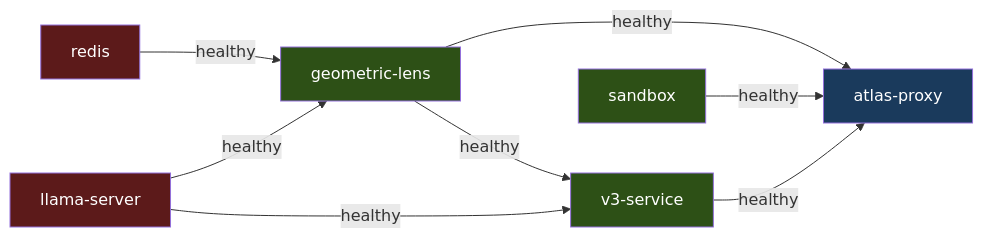
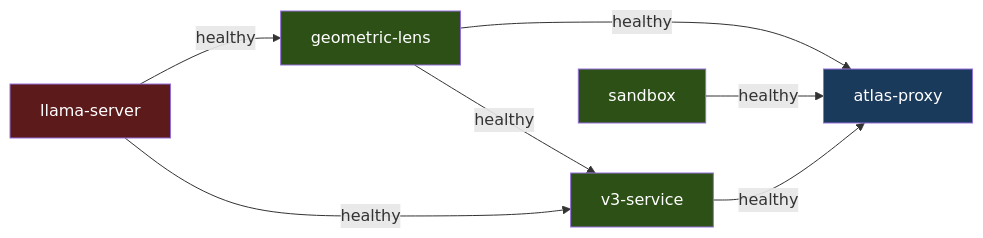
Before and after one commit to itigges22/ATLAS: the tenth of 13 diagrams in docs/ARCHITECTURE.md, drawn with Mermaid. The commit also changed other lines of this file and 23 other files, not shown here.

````diff
--- a/docs/ARCHITECTURE.md
+++ b/docs/ARCHITECTURE.md
@@ -588,15 +587,13 @@
 ```mermaid
 graph LR
-    RD["redis"] -->|"healthy"| GL["geometric-lens"]
-    LLM["llama-server"] -->|"healthy"| GL -->|"healthy"| AP["atlas-proxy"]
+    LLM["llama-server"] -->|"healthy"| GL["geometric-lens"] -->|"healthy"| AP["atlas-proxy"]
     LLM -->|"healthy"| V3["v3-service"] -->|"healthy"| AP
     GL -->|"healthy"| V3
     SB["sandbox"] -->|"healthy"| AP
 
-    style RD fill:#5c1a1a,color:#fff
     style LLM fill:#5c1a1a,color:#fff
     style GL fill:#2d5016,color:#fff
     style V3 fill:#2d5016,color:#fff
     style SB fill:#2d5016,color:#fff
     style AP fill:#1a3a5c,color:#fff
 ```
````
